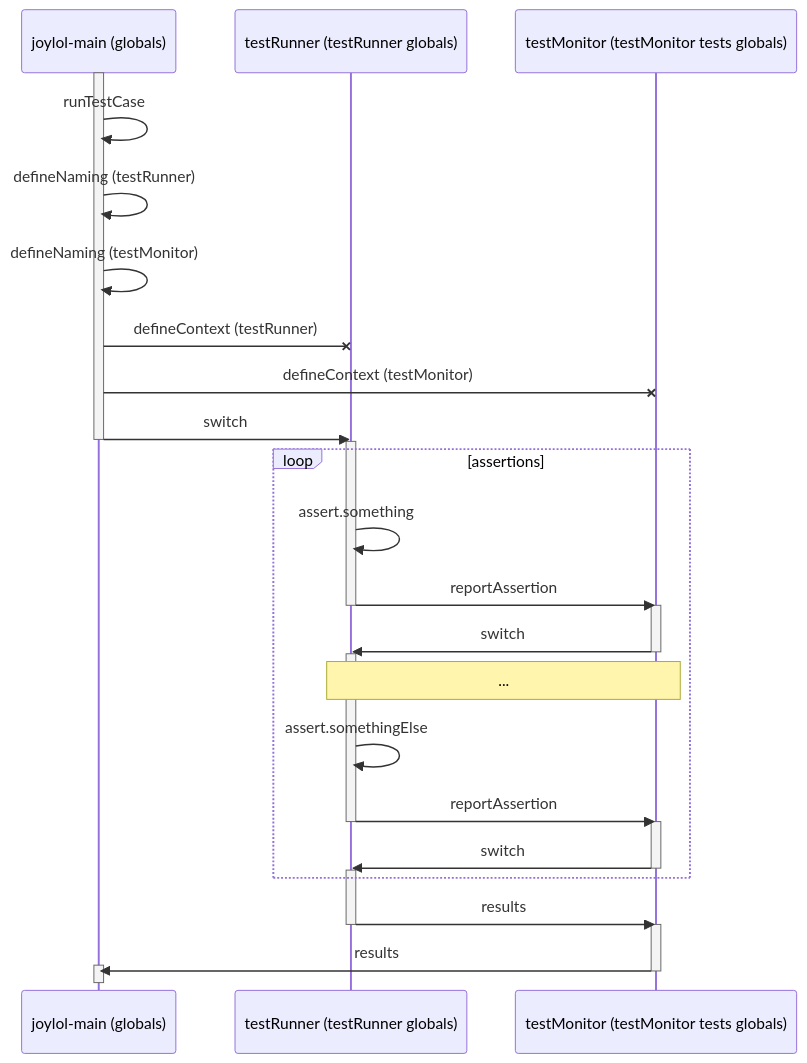
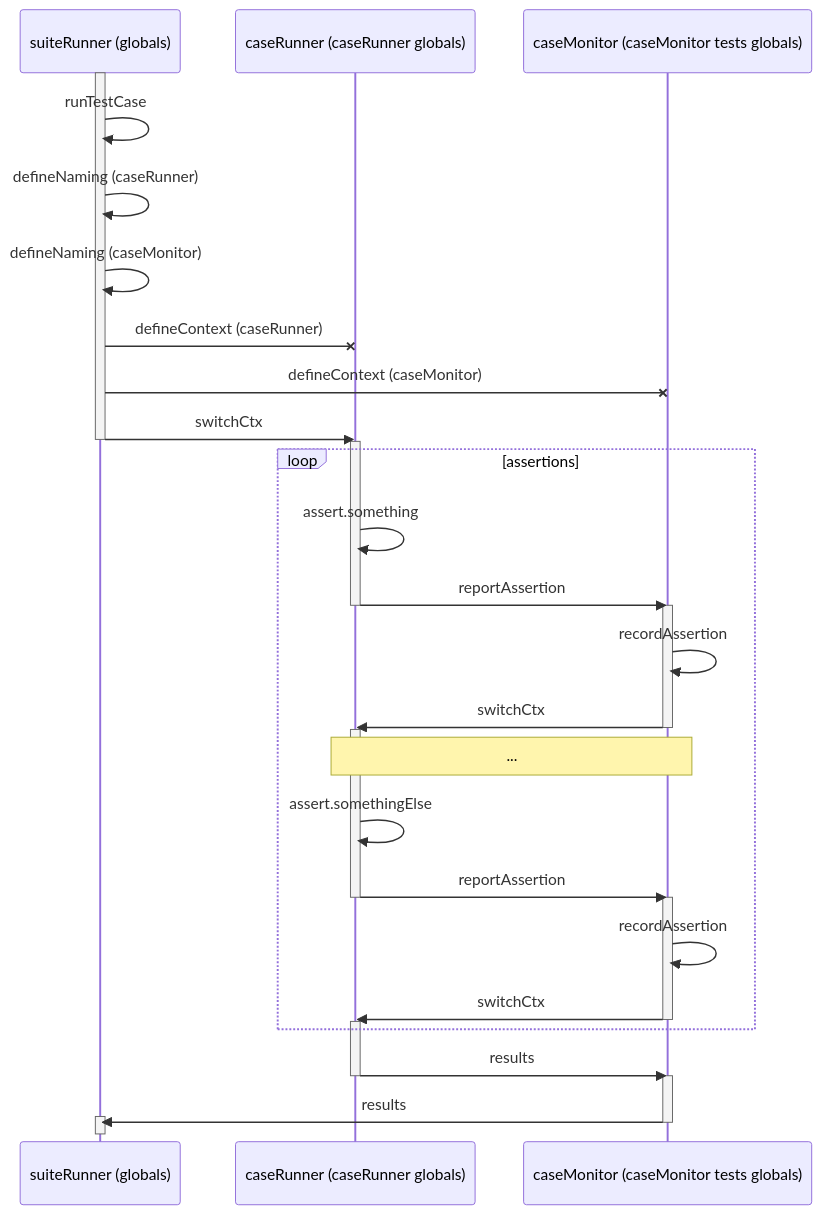
One commit to stephengaito/documentArchive changed the diagram in extensions/joylolTests/doc/runJoylolTestCase.mmd. Above: the diagram before and after it, drawn with Mermaid. The commit also changed 3 other files, not shown here.

Commit message:
begun work on joylol testSuites

```diff
--- a/extensions/joylolTests/doc/runJoylolTestCase.mmd
+++ b/extensions/joylolTests/doc/runJoylolTestCase.mmd
@@ -1,39 +1,41 @@
 sequenceDiagram
-  participant m as joylol-main (globals)
-  participant tr as testRunner (testRunner globals)
-  participant tm as testMonitor (testMonitor tests globals)
+  participant sr as suiteRunner (globals)
+  participant cr as caseRunner (caseRunner globals)
+  participant cm as caseMonitor (caseMonitor tests globals)
 
   %% specify context switches
-  activate m
-  m  ->> m : runTestCase
-  m  ->> m : defineNaming (testRunner)
-  m  ->> m : defineNaming (testMonitor)
-  m  -X tr : defineContext (testRunner)
-  m  -X tm : defineContext (testMonitor)
-  m  ->> tr : switch
-  deactivate m
-  activate tr
+  activate sr
+  sr  ->> sr : runTestCase
+  sr  ->> sr : defineNaming (caseRunner)
+  sr  ->> sr : defineNaming (caseMonitor)
+  sr  -X cr : defineContext (caseRunner)
+  sr  -X cm : defineContext (caseMonitor)
+  sr  ->> cr : switchCtx
+  deactivate sr
+  activate cr
   loop assertions
-    tr ->> tr : assert.something
-    tr ->> tm : reportAssertion
-    deactivate tr
-    activate tm
-    tm ->> tr : switch
-    deactivate tm
-    activate tr
-    note over tr,tm :     ...
-    tr ->> tr : assert.somethingElse
-    tr ->> tm : reportAssertion
-    deactivate tr
-    activate tm
-    tm ->> tr : switch
-    deactivate tm
-    activate tr
+    cr ->> cr : assert.something
+    cr ->> cm : reportAssertion
+    deactivate cr
+    activate cm
+    cm ->> cm : recordAssertion
+    cm ->> cr : switchCtx
+    deactivate cm
+    activate cr
+    note over cr,cm :     ...
+    cr ->> cr : assert.somethingElse
+    cr ->> cm : reportAssertion
+    deactivate cr
+    activate cm
+    cm ->> cm : recordAssertion
+    cm ->> cr : switchCtx
+    deactivate cm
+    activate cr
   end
-  tr ->> tm : results
-  deactivate tr
-  activate tm
-  tm ->> m : results
-  deactivate tm
-  activate m
-  deactivate m
+  cr ->> cm : results
+  deactivate cr
+  activate cm
+  cm ->> sr : results
+  deactivate cm
+  activate sr
+  deactivate sr
```
